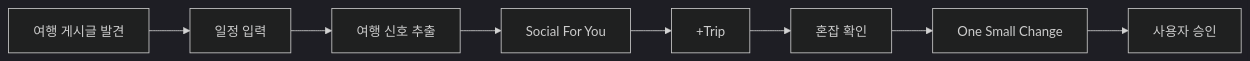
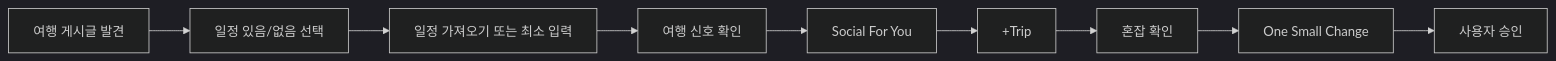
One commit to yutakdv/Nullnull changed the first of 2 diagrams in README.md. Above: the diagram before and after it, drawn with Mermaid (dark theme). The commit also changed other lines of this file and 3 other files, not shown here.

````diff
--- a/README.md
+++ b/README.md
@@ -32,10 +36,11 @@
 ```mermaid
 flowchart LR
-    A[여행 게시글 발견] --> B[일정 입력]
-    B --> C[여행 신호 추출]
-    C --> D[Social For You]
-    D --> E[+Trip]
-    E --> F[혼잡 확인]
-    F --> G[One Small Change]
-    G --> H[사용자 승인]
+    A[여행 게시글 발견] --> B[일정 있음/없음 선택]
+    B --> C[일정 가져오기 또는 최소 입력]
+    C --> D[여행 신호 확인]
+    D --> E[Social For You]
+    E --> F[+Trip]
+    F --> G[혼잡 확인]
+    G --> H[One Small Change]
+    H --> I[사용자 승인]
 ```
````
